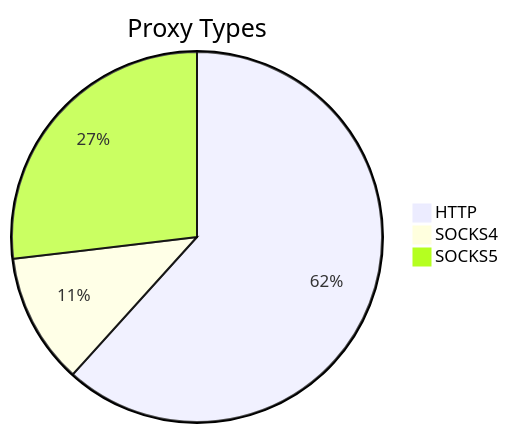
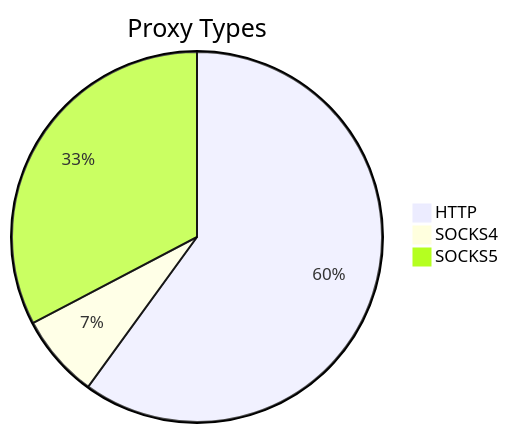
The first of 2 diagrams in README.md (stormsia/proxy-list), drawn with Mermaid before and after one commit. The commit also changed other lines of this file, not shown here.

````diff
--- a/README.md
+++ b/README.md
@@ -21,6 +21,6 @@
 ```mermaid
 pie title Proxy Types
-    "HTTP" : 443
-    "SOCKS4" : 82
-    "SOCKS5" : 193
+    "HTTP" : 312
+    "SOCKS4" : 38
+    "SOCKS5" : 170
 ```
````
